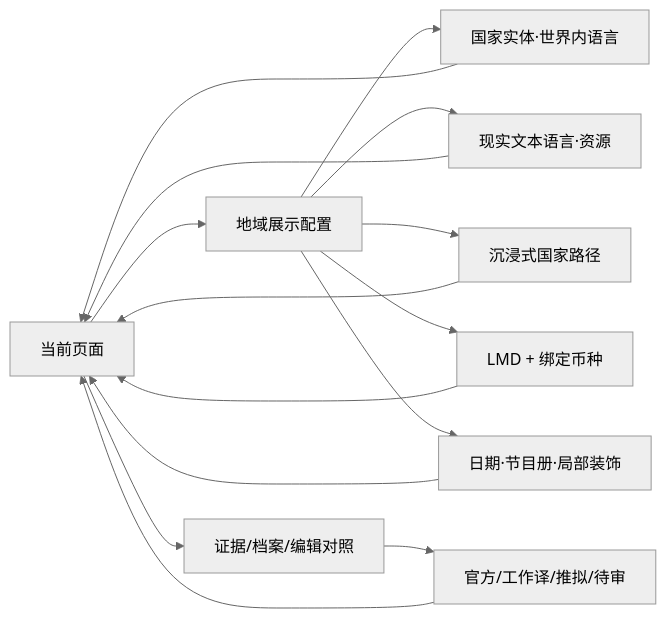
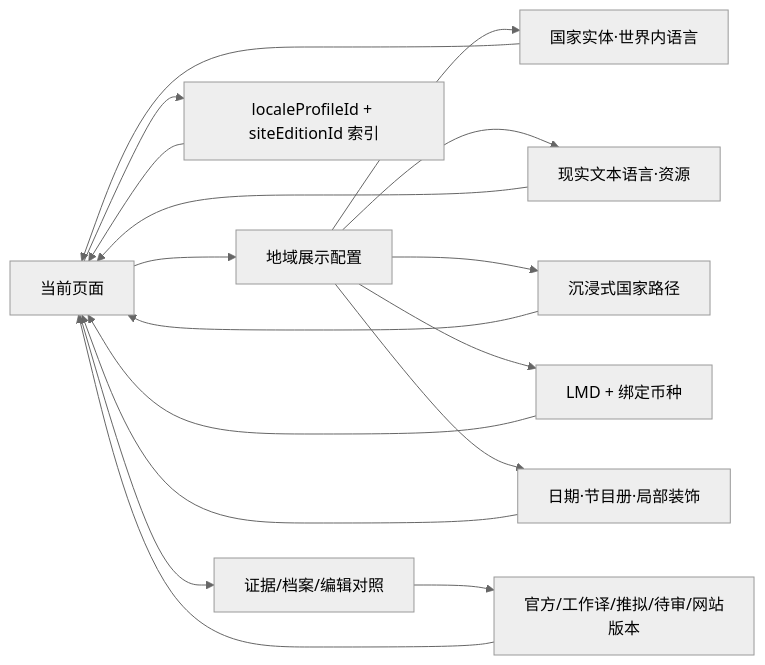
One commit to Selloryebir/crimson_troupe changed the diagram in docs/blueprint/03_journeys/maps/08_国际化与证据.mmd. Above: the diagram before and after it, drawn with Mermaid (neutral theme). The commit also changed 41 other files, not shown here.

```diff
--- a/docs/blueprint/03_journeys/maps/08_国际化与证据.mmd
+++ b/docs/blueprint/03_journeys/maps/08_国际化与证据.mmd
@@ -1,15 +1,17 @@
 flowchart LR
   Page[当前页面] --> Profile[地域展示配置]
   Profile --> Entity[国家实体·世界内语言]
   Profile --> Text[现实文本语言·资源]
   Profile --> Route[沉浸式国家路径]
   Profile --> Currency[LMD + 绑定币种]
   Profile --> Skin[日期·节目册·局部装饰]
   Entity --> Page
   Text --> Page
   Route --> Page
   Currency --> Page
   Skin --> Page
+  Page --> Index[localeProfileId + siteEditionId 索引]
+  Index --> Page
   Page --> Evidence[证据/档案/编辑对照]
-  Evidence --> Status[官方/工作译/推拟/待审]
+  Evidence --> Status[官方/工作译/推拟/待审/网站版本]
   Status --> Page
```
